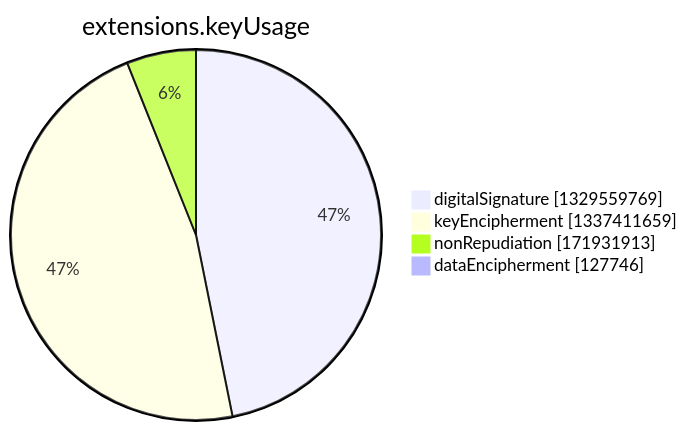
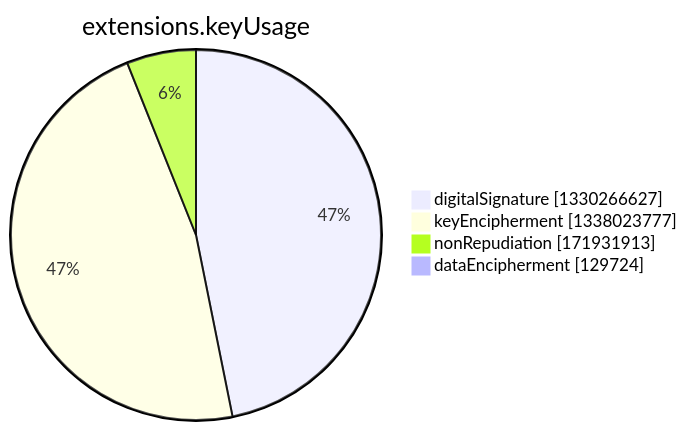
The seventh of 15 diagrams in argon2022/README.md (christiankrug/ctmonitor_visualization), drawn with Mermaid before and after one commit. The commit also changed other lines of this file, not shown here.

````diff
--- a/argon2022/README.md
+++ b/argon2022/README.md
@@ -2750,8 +2750,8 @@
 ```mermaid
 pie showData
 title extensions.keyUsage
-"digitalSignature" :1329559769
-"keyEncipherment" :1337411659
+"digitalSignature" :1330266627
+"keyEncipherment" :1338023777
 "nonRepudiation" :171931913
-"dataEncipherment" :127746
+"dataEncipherment" :129724
 ```
````
